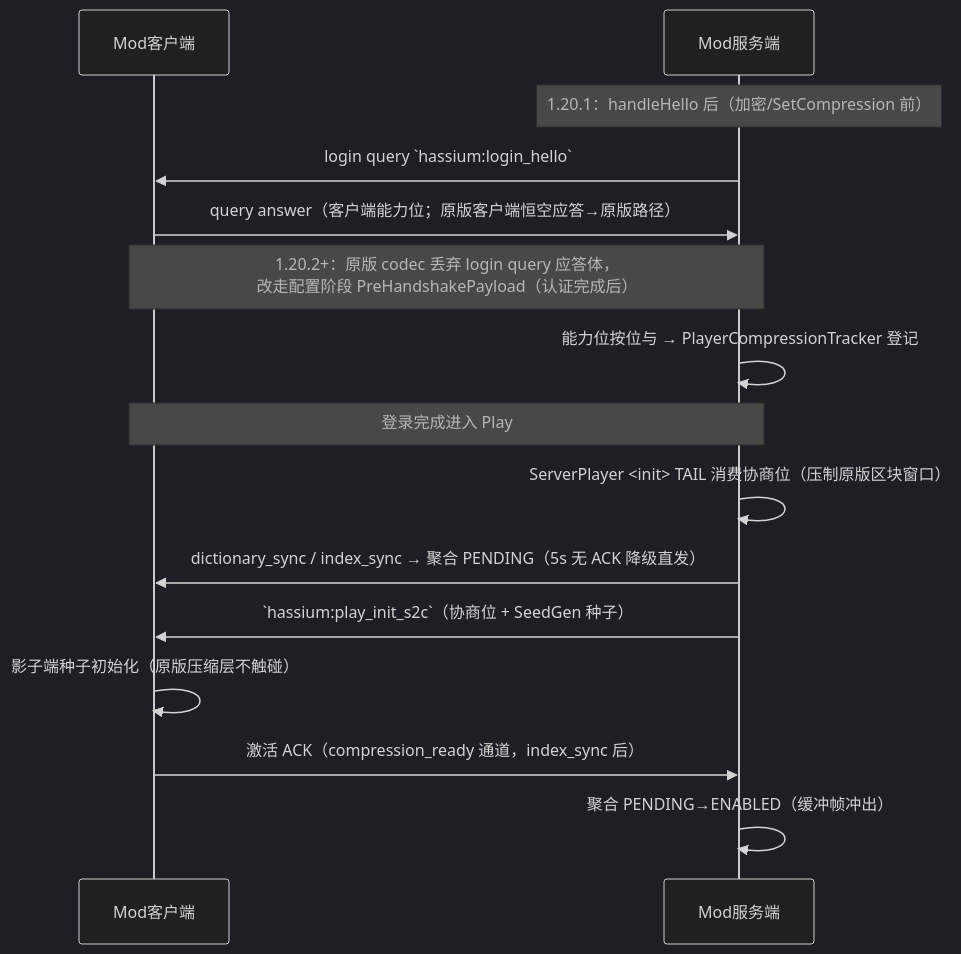
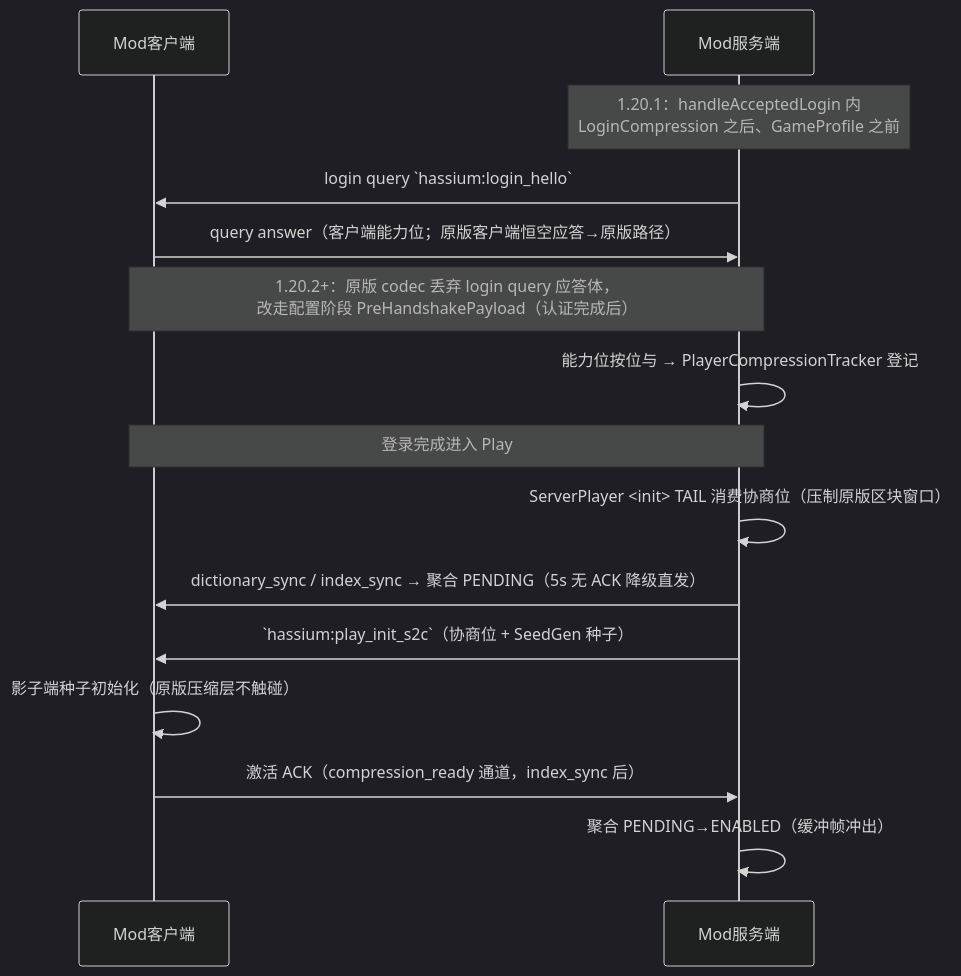
The first of 3 diagrams in docs/architecture.md (limuqy/Hassium), drawn with Mermaid (dark theme) before and after one commit. The commit also changed other lines of this file and 38 other files, not shown here.

````diff
--- a/docs/architecture.md
+++ b/docs/architecture.md
@@ -52,17 +52,17 @@
 ```mermaid
 sequenceDiagram
   participant C as Mod客户端
   participant S as Mod服务端
-  Note over S: 1.20.1：handleHello 后（加密/SetCompression 前）
+  Note over S: 1.20.1：handleAcceptedLogin 内<br/>LoginCompression 之后、GameProfile 之前
   S->>C: login query `hassium:login_hello`
   C->>S: query answer（客户端能力位；原版客户端恒空应答→原版路径）
   Note over C,S: 1.20.2+：原版 codec 丢弃 login query 应答体，<br/>改走配置阶段 PreHandshakePayload（认证完成后）
   S->>S: 能力位按位与 → PlayerCompressionTracker 登记
   Note over C,S: 登录完成进入 Play
   S->>S: ServerPlayer <init> TAIL 消费协商位（压制原版区块窗口）
   S->>C: dictionary_sync / index_sync → 聚合 PENDING（5s 无 ACK 降级直发）
   S->>C: `hassium:play_init_s2c`（协商位 + SeedGen 种子）
   C->>C: 影子端种子初始化（原版压缩层不触碰）
   C->>S: 激活 ACK（compression_ready 通道，index_sync 后）
   S->>S: 聚合 PENDING→ENABLED（缓冲帧冲出）
 ```
````
